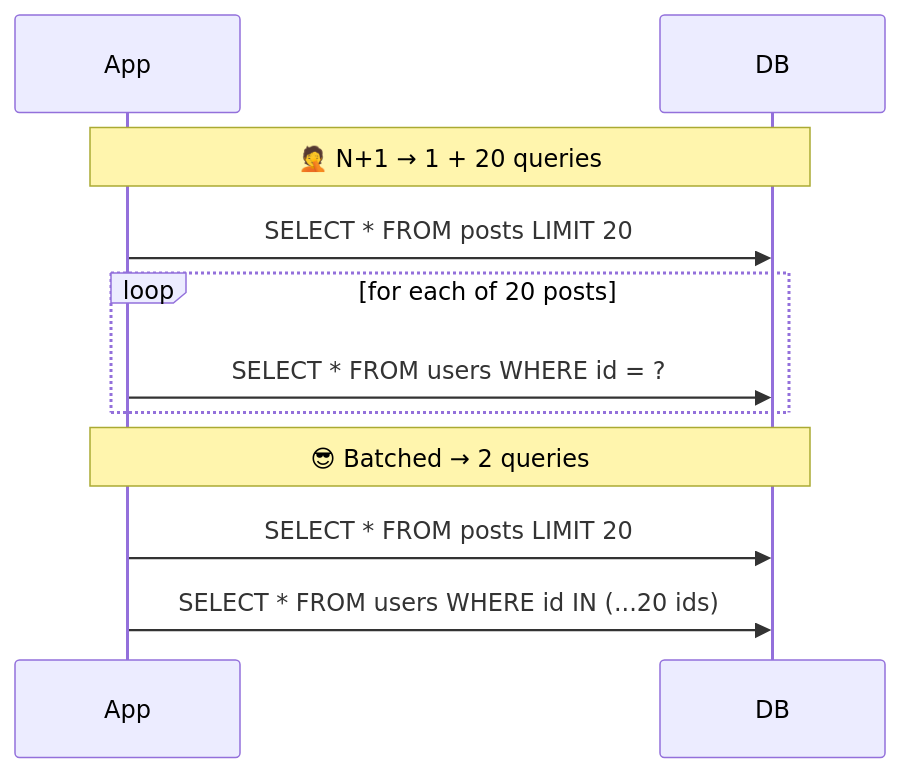
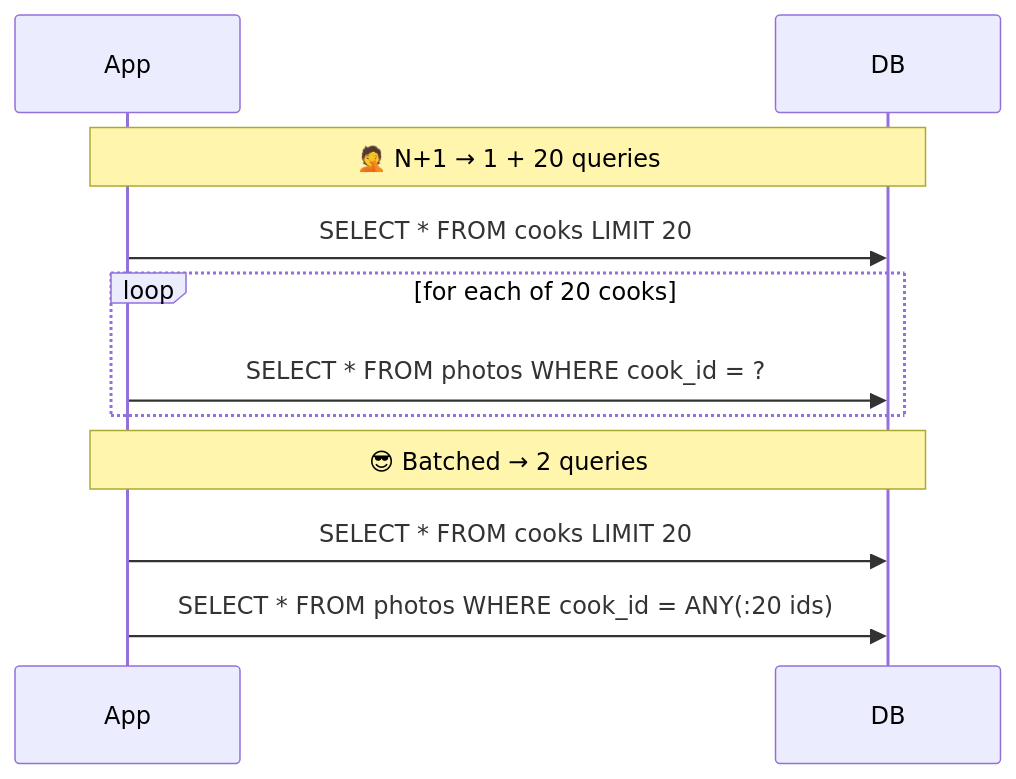
Before and after one commit to winnyboy5/System-Design-from-Atoms: the first of 2 diagrams in phases/05-databases/040-access-patterns-and-pooling.md, drawn with Mermaid. The commit also changed other lines of this file and 11 other files, not shown here.

````diff
--- a/phases/05-databases/040-access-patterns-and-pooling.md
+++ b/phases/05-databases/040-access-patterns-and-pooling.md
@@ -27,13 +41,13 @@
 ```mermaid
 sequenceDiagram
     participant App
     participant DB
     Note over App,DB: 🤦 N+1 → 1 + 20 queries
-    App->>DB: SELECT * FROM posts LIMIT 20
-    loop for each of 20 posts
-        App->>DB: SELECT * FROM users WHERE id = ?
+    App->>DB: SELECT * FROM cooks LIMIT 20
+    loop for each of 20 cooks
+        App->>DB: SELECT * FROM photos WHERE cook_id = ?
     end
     Note over App,DB: 😎 Batched → 2 queries
-    App->>DB: SELECT * FROM posts LIMIT 20
-    App->>DB: SELECT * FROM users WHERE id IN (...20 ids)
+    App->>DB: SELECT * FROM cooks LIMIT 20
+    App->>DB: SELECT * FROM photos WHERE cook_id = ANY(:20 ids)
 ```
````
